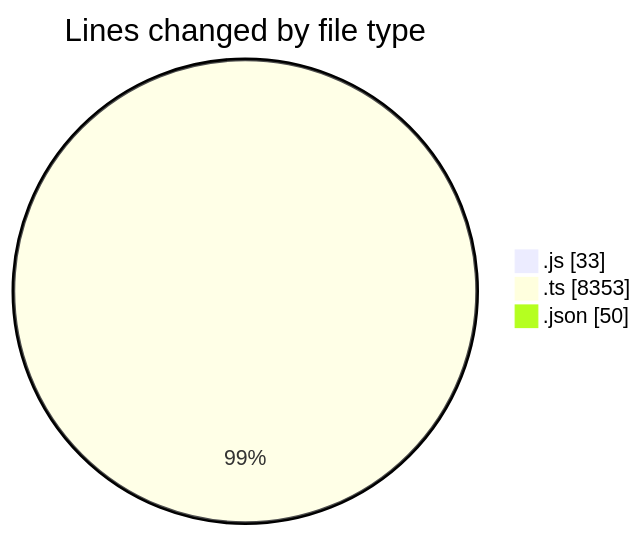
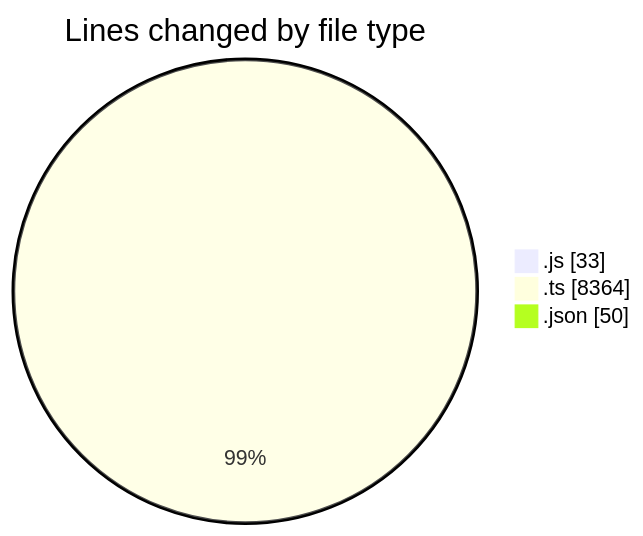
Before and after one commit to momahboobian/code-tracking: the first of 2 diagrams in 2025-09-08/cda/README.md, drawn with Mermaid. The commit also changed other lines of this file and 1 other file, not shown here.

````diff
--- a/2025-09-08/cda/README.md
+++ b/2025-09-08/cda/README.md
@@ -25,7 +25,7 @@
 ```mermaid
 pie showData
 title Lines changed by file type
 ".js" : 33
-".ts" : 8353
+".ts" : 8364
 ".json" : 50
 ```
````
